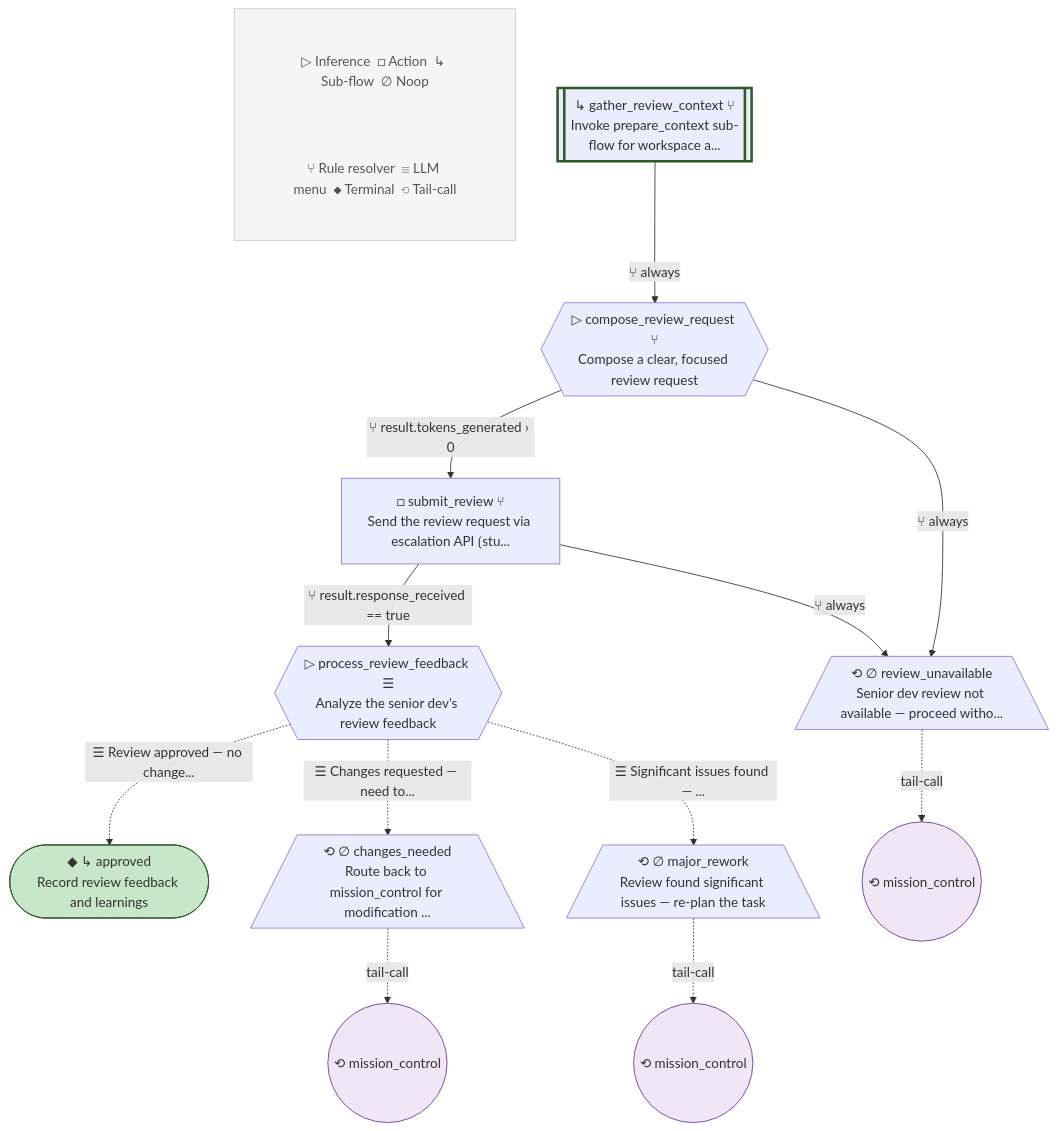
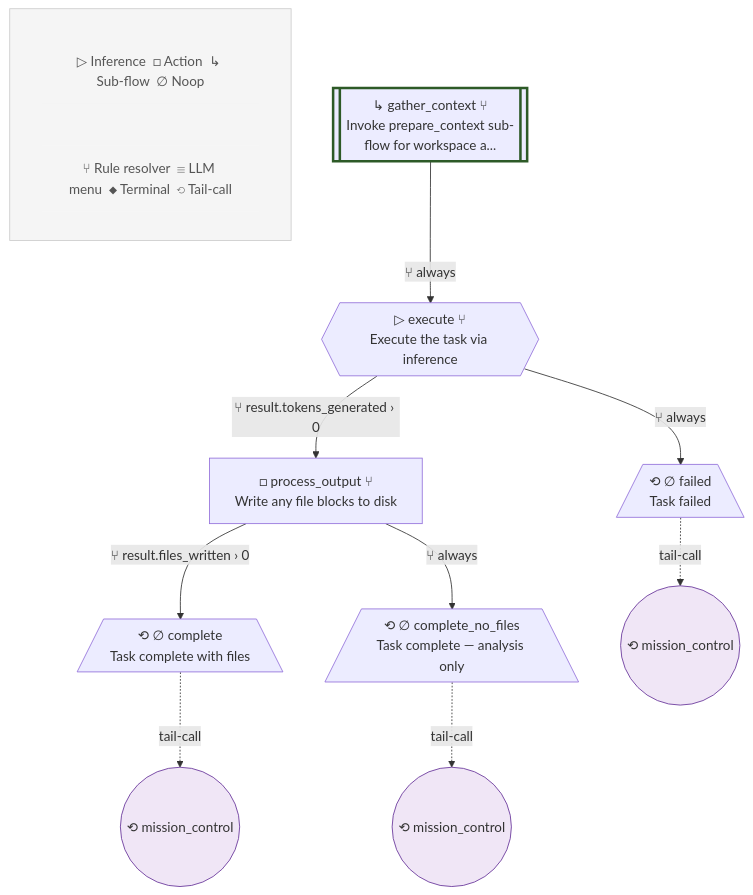
Before and after one commit to lah-rb/ouroboros: diagram 12 of 31 in blueprint.md, drawn with Mermaid. The commit also changed other lines of this file and 32 other files, not shown here.

````diff
--- a/blueprint.md
+++ b/blueprint.md
@@ -1106,43 +969,37 @@
 ```mermaid
 flowchart TD
-    %% request_review v1
+    %% request_review v2
 
     subgraph Legend[" "]
         L1["▷ Inference  □ Action  ↳ Sub-flow  ∅ Noop"]
         L2["⑂ Rule resolver  ☰ LLM menu  ◆ Terminal  ⟲ Tail-call"]
     end
     style Legend fill:#f5f5f5,stroke:#ccc,stroke-width:1px
     style L1 fill:#f5f5f5,stroke:none,color:#555
     style L2 fill:#f5f5f5,stroke:none,color:#555
 
-    gather_review_context[["↳ gather_review_context ⑂\nInvoke prepare_context sub-flow for workspace a..."]]
-    compose_review_request{{"▷ compose_review_request ⑂\nCompose a clear, focused review request"}}
-    submit_review["□ submit_review ⑂\nSend the review request via escalation API ⟮stu..."]
-    process_review_feedback{{"▷ process_review_feedback ☰\nAnalyze the senior dev's review feedback"}}
-    approved(["◆ ↳ approved\nRecord review feedback and learnings"])
-    changes_needed[/"⟲ ∅ changes_needed\nRoute back to mission_control for modification ..."\]
-    major_rework[/"⟲ ∅ major_rework\nReview found significant issues — re-plan the task"\]
-    review_unavailable[/"⟲ ∅ review_unavailable\nSenior dev review not available — proceed witho..."\]
+    gather_context[["↳ gather_context ⑂\nInvoke prepare_context sub-flow for workspace a..."]]
+    execute{{"▷ execute ⑂\nExecute the task via inference"}}
+    process_output["□ process_output ⑂\nWrite any file blocks to disk"]
+    complete[/"⟲ ∅ complete\nTask complete with files"\]
+    complete_no_files[/"⟲ ∅ complete_no_files\nTask complete — analysis only"\]
+    failed[/"⟲ ∅ failed\nTask failed"\]
 
-    style gather_review_context stroke-width:3px,stroke:#2d5a27
+    style gather_context stroke-width:3px,stroke:#2d5a27
 
-    gather_review_context -->|⑂ always| compose_review_request
-    compose_review_request -->|⑂ result.tokens_generated › 0| submit_review
-    compose_review_request -->|⑂ always| review_unavailable
-    submit_review -->|⑂ result.response_received == true| process_review_feedback
-    submit_review -->|⑂ always| review_unavailable
-    process_review_feedback -.->|☰ Review approved — no change...| approved
-    process_review_feedback -.->|☰ Changes requested — need to...| changes_needed
-    process_review_feedback -.->|☰ Significant issues found — ...| major_rework
-    tc_changes_needed(("⟲ mission_control"))
-    style tc_changes_needed fill:#f0e6f6,stroke:#663399
-    changes_needed -.->|tail-call| tc_changes_needed
-    tc_major_rework(("⟲ mission_control"))
-    style tc_major_rework fill:#f0e6f6,stroke:#663399
-    major_rework -.->|tail-call| tc_major_rework
-    tc_review_unavailable(("⟲ mission_control"))
-    style tc_review_unavailable fill:#f0e6f6,stroke:#663399
-    review_unavailable -.->|tail-call| tc_review_unavailable
+    gather_context -->|⑂ always| execute
+    execute -->|⑂ result.tokens_generated › 0| process_output
+    execute -->|⑂ always| failed
+    process_output -->|⑂ result.files_written › 0| complete
+    process_output -->|⑂ always| complete_no_files
+    tc_complete(("⟲ mission_control"))
+    style tc_complete fill:#f0e6f6,stroke:#663399
+    complete -.->|tail-call| tc_complete
+    tc_complete_no_files(("⟲ mission_control"))
+    style tc_complete_no_files fill:#f0e6f6,stroke:#663399
+    complete_no_files -.->|tail-call| tc_complete_no_files
+    tc_failed(("⟲ mission_control"))
+    style tc_failed fill:#f0e6f6,stroke:#663399
+    failed -.->|tail-call| tc_failed
 
-    style approved fill:#c8e6c9,stroke:#2d5a27
 ```
````
